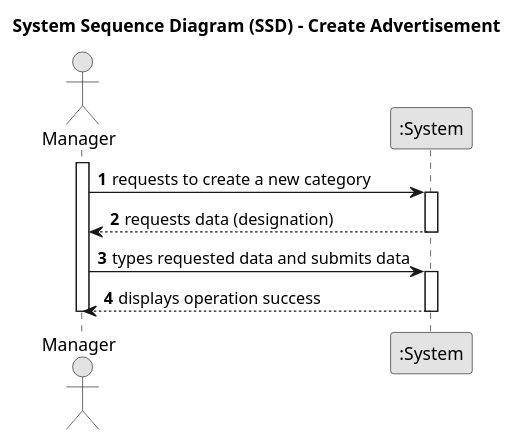
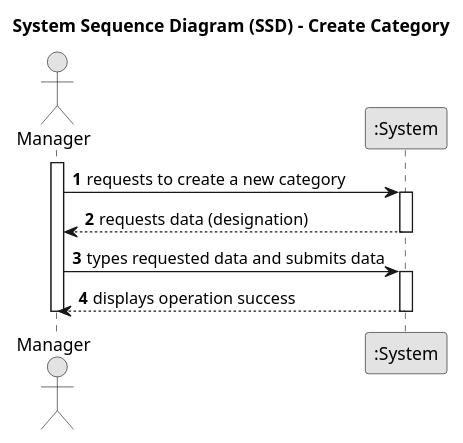
Before and after one commit to vivianeaalmeida/ComeAndGet: the diagram in Docs/US03/01-requirements-engineering/US03-SSD.puml, drawn with PlantUML. The commit also changed 9 other files, not shown here.

```diff
--- a/Docs/US03/01-requirements-engineering/US03-SSD.puml
+++ b/Docs/US03/01-requirements-engineering/US03-SSD.puml
@@ -1,28 +1,28 @@
 @startuml
 skinparam monochrome true
 skinparam packageStyle rectangle
 skinparam shadowing false
 
-title System Sequence Diagram (SSD) - Create Advertisement
+title System Sequence Diagram (SSD) - Create Category
 
 autonumber
 
 actor Manager as M
 participant ":System" as System
 
 activate M
 
     M -> System : requests to create a new category
     activate System
 
         System --> M : requests data (designation)
     deactivate System
 
     M -> System : types requested data and submits data
     activate System
 
         System --> M : displays operation success
     deactivate System
 
 deactivate M
 @enduml
```
